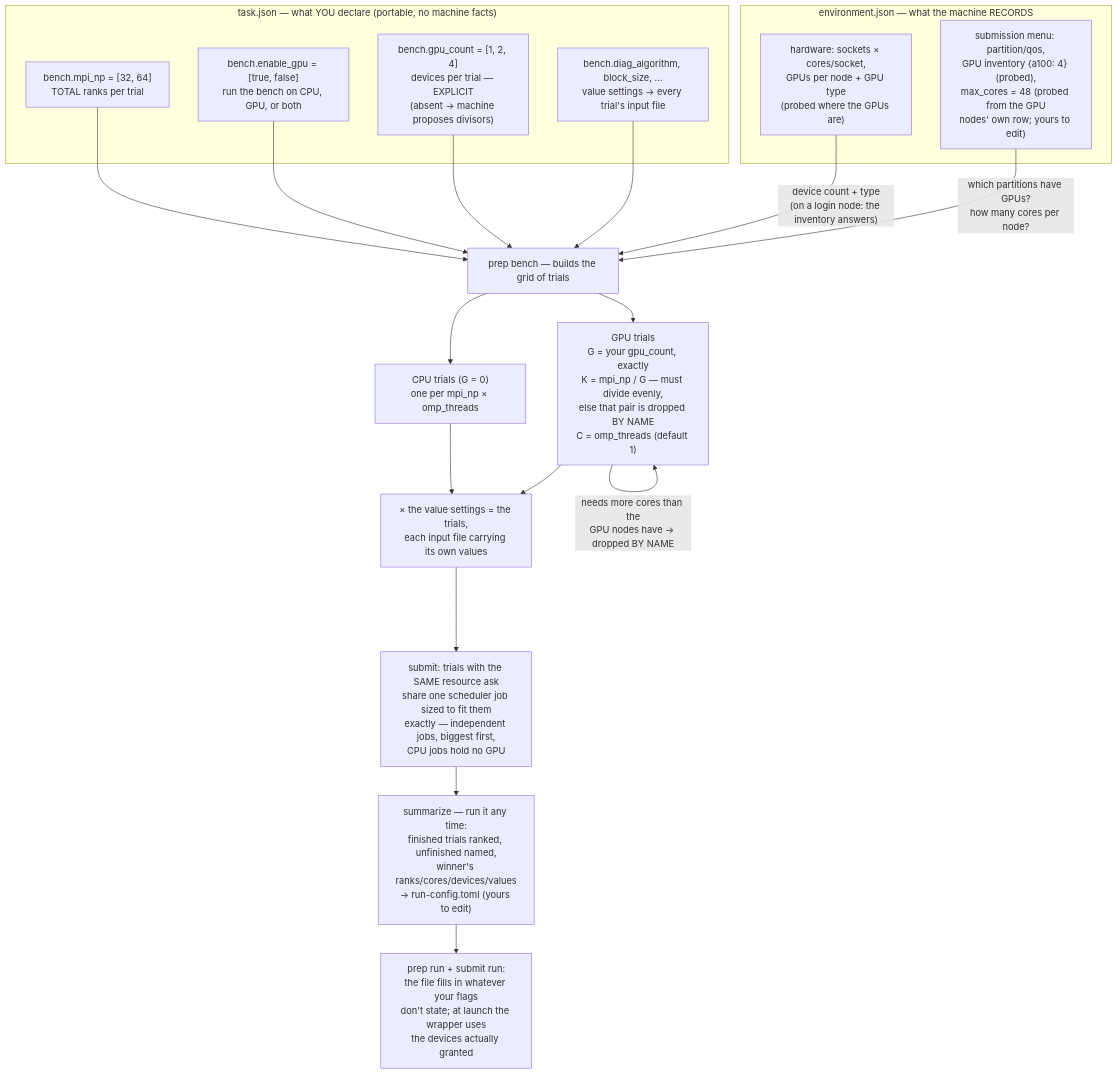
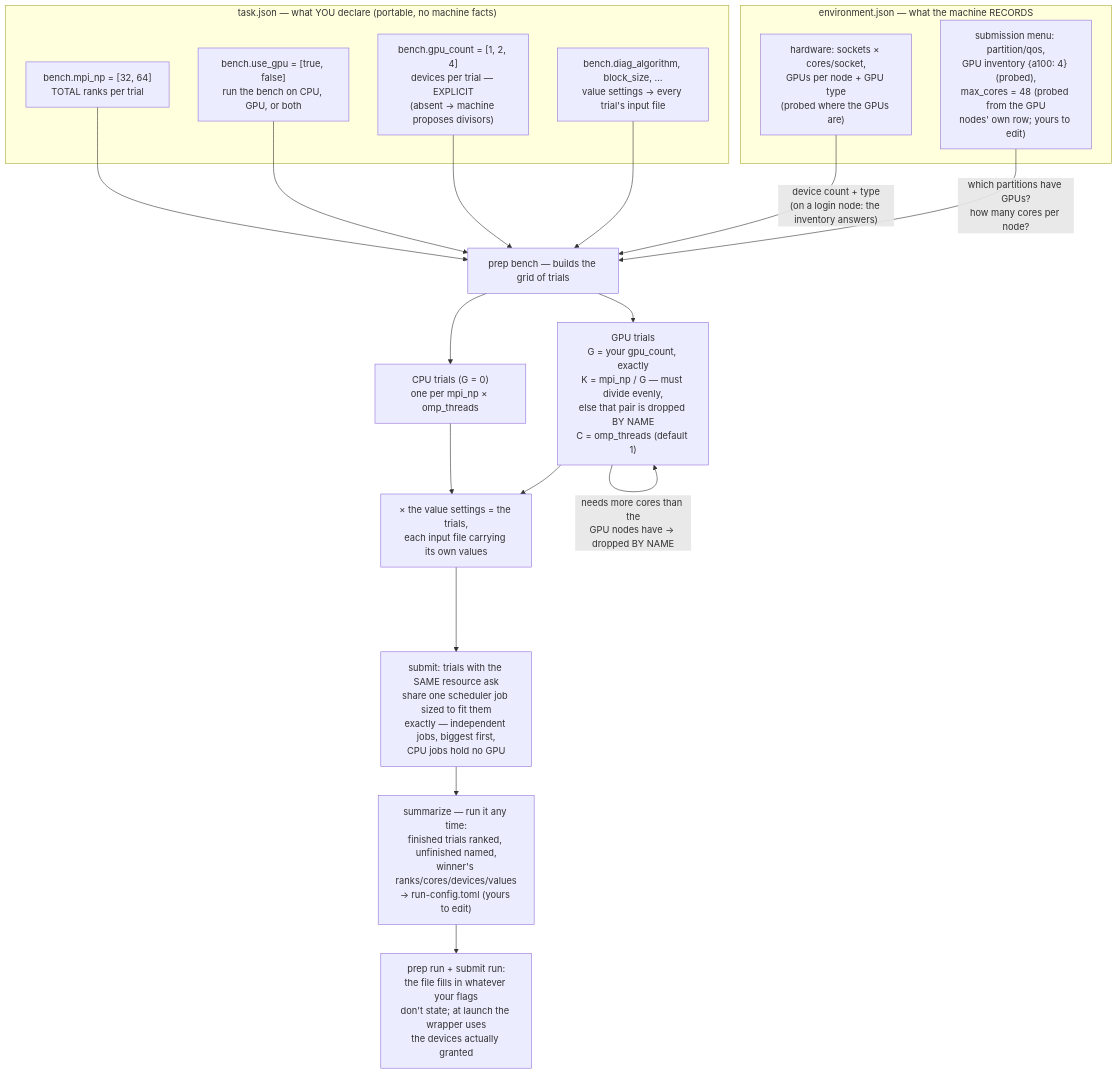
Before and after one commit to Qing-LAB/molbuilder: the second of 4 diagrams in docs/engines/tuning.md, drawn with Mermaid. The commit also changed other lines of this file and 35 other files, not shown here.

````diff
--- a/docs/engines/tuning.md
+++ b/docs/engines/tuning.md
@@ -555,28 +555,28 @@
 ```mermaid
 flowchart TD
     subgraph YOU["task.json — what YOU declare (portable, no machine facts)"]
         MP["bench.mpi_np = [32, 64]<br/>TOTAL ranks per trial"]
-        EG["bench.enable_gpu = [true, false]<br/>run the bench on CPU, GPU, or both"]
+        EG["bench.use_gpu = [true, false]<br/>run the bench on CPU, GPU, or both"]
         GC["bench.gpu_count = [1, 2, 4]<br/>devices per trial — EXPLICIT<br/>(absent → machine proposes divisors)"]
         VA["bench.diag_algorithm, block_size, …<br/>value settings → every trial's input file"]
     end
     subgraph MACHINE["environment.json — what the machine RECORDS"]
         TOPO["hardware: sockets × cores/socket,<br/>GPUs per node + GPU type<br/>(probed where the GPUs are)"]
         DOM["submission menu: partition/qos,<br/>GPU inventory {a100: 4} (probed),<br/>max_cores = 48 (probed from the GPU<br/>nodes' own row; yours to edit)"]
     end
     PREP["prep bench — builds the grid of trials"]
     MP --> PREP
     EG --> PREP
     GC --> PREP
     VA --> PREP
     TOPO -->|"device count + type<br/>(on a login node: the inventory answers)"| PREP
     DOM -->|"which partitions have GPUs?<br/>how many cores per node?"| PREP
     PREP --> CPU["CPU trials (G = 0)<br/>one per mpi_np × omp_threads"]
     PREP --> GPU["GPU trials<br/>G = your gpu_count, exactly<br/>K = mpi_np / G — must divide evenly,<br/>else that pair is dropped BY NAME<br/>C = omp_threads (default 1)"]
     GPU -->|"needs more cores than the<br/>GPU nodes have → dropped BY NAME"| GPU
     CPU --> TRIALS["× the value settings = the trials,<br/>each input file carrying its own values"]
     GPU --> TRIALS
     TRIALS --> SHELF["submit: trials with the SAME resource ask<br/>share one scheduler job sized to fit them<br/>exactly — independent jobs, biggest first,<br/>CPU jobs hold no GPU"]
     SHELF --> SUMM["summarize — run it any time:<br/>finished trials ranked, unfinished named,<br/>winner's ranks/cores/devices/values<br/>→ run-config.toml (yours to edit)"]
     SUMM --> RUN["prep run + submit run:<br/>the file fills in whatever your flags<br/>don't state; at launch the wrapper uses<br/>the devices actually granted"]
 ```
````
